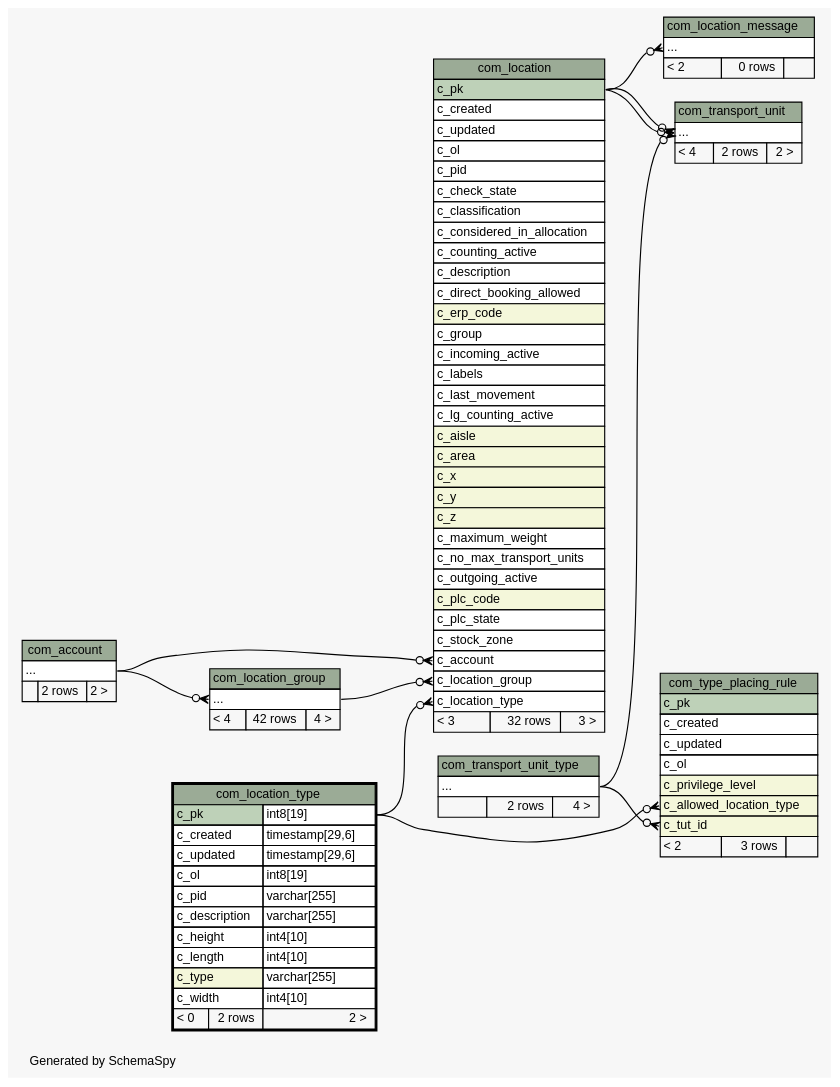
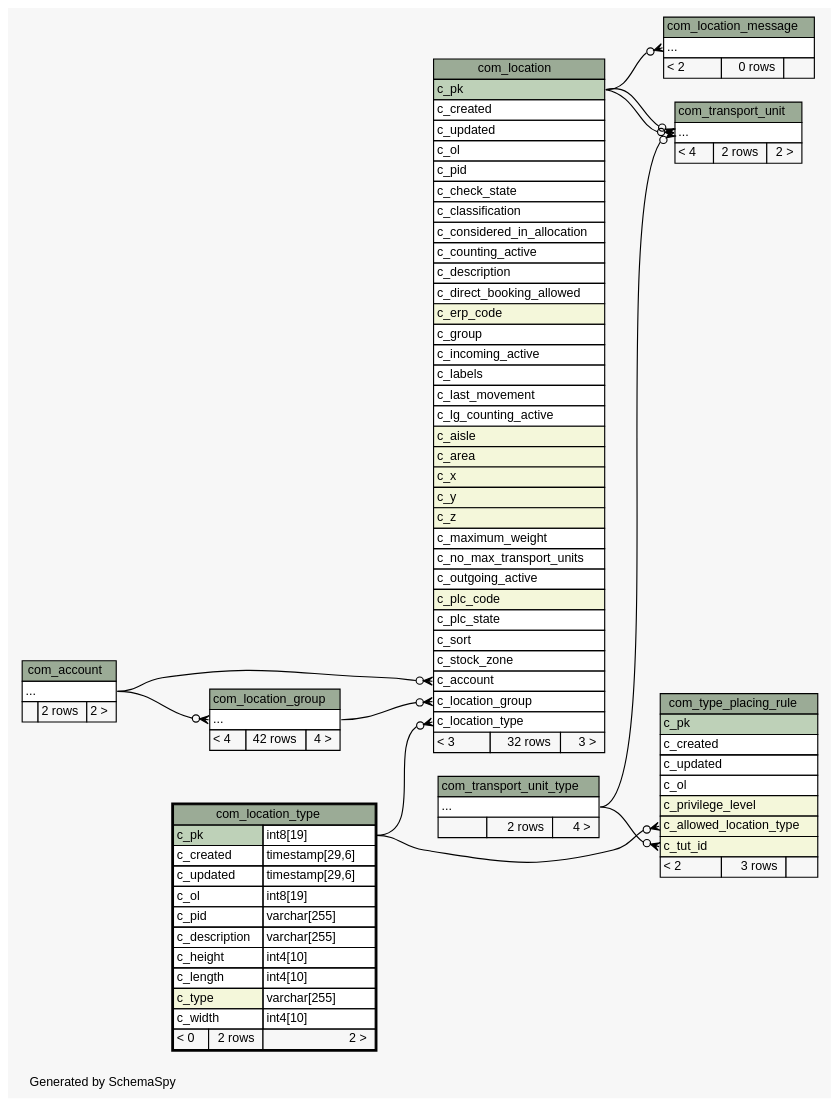
One commit to openwms/org.openwms.common.service.lib changed the diagram in 1.7.0-SNAPSHOT/schemaspy/diagrams/com_location_type.2degrees.dot. Above: the diagram before and after it, drawn with Graphviz. The commit also changed 467 other files, not shown here.

```diff
--- a/1.7.0-SNAPSHOT/schemaspy/diagrams/com_location_type.2degrees.dot
+++ b/1.7.0-SNAPSHOT/schemaspy/diagrams/com_location_type.2degrees.dot
@@ -1,157 +1,158 @@
-// dot 2.43.0 on Linux 5.11.0-1020-azure
+// dot 2.43.0 on Linux 5.11.0-1021-azure
 // SchemaSpy rev Unknown
 digraph "twoDegreesRelationshipsDiagram" {
   graph [
     rankdir="RL"
     bgcolor="#f7f7f7"
     label="\nGenerated by SchemaSpy"
     labeljust="l"
     nodesep="0.18"
     ranksep="0.46"
     fontname="Helvetica"
     fontsize="11"
   ];
   node [
     fontname="Helvetica"
     fontsize="11"
     shape="plaintext"
   ];
   edge [
     arrowsize="0.8"
   ];
   "com_location":"c_account":w -> "com_account":"elipses":e [arrowhead=none dir=back arrowtail=crowodot];
   "com_location":"c_location_group":w -> "com_location_group":"elipses":e [arrowhead=none dir=back arrowtail=crowodot];
   "com_location":"c_location_type":w -> "com_location_type":"c_pk.type":e [arrowhead=none dir=back arrowtail=crowodot];
   "com_location_group":"elipses":w -> "com_account":"elipses":e [arrowhead=none dir=back arrowtail=crowodot];
   "com_location_message":"elipses":w -> "com_location":"c_pk":e [arrowhead=none dir=back arrowtail=crowodot];
   "com_transport_unit":"elipses":w -> "com_location":"c_pk":e [arrowhead=none dir=back arrowtail=crowodot];
   "com_transport_unit":"elipses":w -> "com_location":"c_pk":e [arrowhead=none dir=back arrowtail=crowodot];
   "com_transport_unit":"elipses":w -> "com_transport_unit_type":"elipses":e [arrowhead=none dir=back arrowtail=crowodot];
   "com_type_placing_rule":"c_allowed_location_type":w -> "com_location_type":"c_pk.type":e [arrowhead=none dir=back arrowtail=crowodot];
   "com_type_placing_rule":"c_tut_id":w -> "com_transport_unit_type":"elipses":e [arrowhead=none dir=back arrowtail=crowodot];
   "com_account" [
     label=<
     <TABLE BORDER="0" CELLBORDER="1" CELLSPACING="0" BGCOLOR="#ffffff">
       <TR><TD COLSPAN="3" BGCOLOR="#9bab96" ALIGN="CENTER">com_account</TD></TR>
       <TR><TD PORT="elipses" COLSPAN="3" ALIGN="LEFT">...</TD></TR>
       <TR><TD ALIGN="LEFT" BGCOLOR="#f7f7f7">  </TD><TD ALIGN="RIGHT" BGCOLOR="#f7f7f7">2 rows</TD><TD ALIGN="RIGHT" BGCOLOR="#f7f7f7">2 &gt;</TD></TR>
     </TABLE>>
     URL="com_account.html"
     tooltip="com_account"
   ];
   "com_location" [
     label=<
     <TABLE BORDER="0" CELLBORDER="1" CELLSPACING="0" BGCOLOR="#ffffff">
       <TR><TD COLSPAN="3" BGCOLOR="#9bab96" ALIGN="CENTER">com_location</TD></TR>
       <TR><TD PORT="c_pk" COLSPAN="3" BGCOLOR="#bed1b8" ALIGN="LEFT">c_pk</TD></TR>
       <TR><TD PORT="c_created" COLSPAN="3" ALIGN="LEFT">c_created</TD></TR>
       <TR><TD PORT="c_updated" COLSPAN="3" ALIGN="LEFT">c_updated</TD></TR>
       <TR><TD PORT="c_ol" COLSPAN="3" ALIGN="LEFT">c_ol</TD></TR>
       <TR><TD PORT="c_pid" COLSPAN="3" ALIGN="LEFT">c_pid</TD></TR>
       <TR><TD PORT="c_check_state" COLSPAN="3" ALIGN="LEFT">c_check_state</TD></TR>
       <TR><TD PORT="c_classification" COLSPAN="3" ALIGN="LEFT">c_classification</TD></TR>
       <TR><TD PORT="c_considered_in_allocation" COLSPAN="3" ALIGN="LEFT">c_considered_in_allocation</TD></TR>
       <TR><TD PORT="c_counting_active" COLSPAN="3" ALIGN="LEFT">c_counting_active</TD></TR>
       <TR><TD PORT="c_description" COLSPAN="3" ALIGN="LEFT">c_description</TD></TR>
       <TR><TD PORT="c_direct_booking_allowed" COLSPAN="3" ALIGN="LEFT">c_direct_booking_allowed</TD></TR>
       <TR><TD PORT="c_erp_code" COLSPAN="3" BGCOLOR="#f4f7da" ALIGN="LEFT">c_erp_code</TD></TR>
       <TR><TD PORT="c_group" COLSPAN="3" ALIGN="LEFT">c_group</TD></TR>
       <TR><TD PORT="c_incoming_active" COLSPAN="3" ALIGN="LEFT">c_incoming_active</TD></TR>
       <TR><TD PORT="c_labels" COLSPAN="3" ALIGN="LEFT">c_labels</TD></TR>
       <TR><TD PORT="c_last_movement" COLSPAN="3" ALIGN="LEFT">c_last_movement</TD></TR>
       <TR><TD PORT="c_lg_counting_active" COLSPAN="3" ALIGN="LEFT">c_lg_counting_active</TD></TR>
       <TR><TD PORT="c_aisle" COLSPAN="3" BGCOLOR="#f4f7da" ALIGN="LEFT">c_aisle</TD></TR>
       <TR><TD PORT="c_area" COLSPAN="3" BGCOLOR="#f4f7da" ALIGN="LEFT">c_area</TD></TR>
       <TR><TD PORT="c_x" COLSPAN="3" BGCOLOR="#f4f7da" ALIGN="LEFT">c_x</TD></TR>
       <TR><TD PORT="c_y" COLSPAN="3" BGCOLOR="#f4f7da" ALIGN="LEFT">c_y</TD></TR>
       <TR><TD PORT="c_z" COLSPAN="3" BGCOLOR="#f4f7da" ALIGN="LEFT">c_z</TD></TR>
       <TR><TD PORT="c_maximum_weight" COLSPAN="3" ALIGN="LEFT">c_maximum_weight</TD></TR>
       <TR><TD PORT="c_no_max_transport_units" COLSPAN="3" ALIGN="LEFT">c_no_max_transport_units</TD></TR>
       <TR><TD PORT="c_outgoing_active" COLSPAN="3" ALIGN="LEFT">c_outgoing_active</TD></TR>
       <TR><TD PORT="c_plc_code" COLSPAN="3" BGCOLOR="#f4f7da" ALIGN="LEFT">c_plc_code</TD></TR>
       <TR><TD PORT="c_plc_state" COLSPAN="3" ALIGN="LEFT">c_plc_state</TD></TR>
+      <TR><TD PORT="c_sort" COLSPAN="3" ALIGN="LEFT">c_sort</TD></TR>
       <TR><TD PORT="c_stock_zone" COLSPAN="3" ALIGN="LEFT">c_stock_zone</TD></TR>
       <TR><TD PORT="c_account" COLSPAN="3" ALIGN="LEFT">c_account</TD></TR>
       <TR><TD PORT="c_location_group" COLSPAN="3" ALIGN="LEFT">c_location_group</TD></TR>
       <TR><TD PORT="c_location_type" COLSPAN="3" ALIGN="LEFT">c_location_type</TD></TR>
       <TR><TD ALIGN="LEFT" BGCOLOR="#f7f7f7">&lt; 3</TD><TD ALIGN="RIGHT" BGCOLOR="#f7f7f7">32 rows</TD><TD ALIGN="RIGHT" BGCOLOR="#f7f7f7">3 &gt;</TD></TR>
     </TABLE>>
     URL="com_location.html"
     tooltip="com_location"
   ];
   "com_location_group" [
     label=<
     <TABLE BORDER="0" CELLBORDER="1" CELLSPACING="0" BGCOLOR="#ffffff">
       <TR><TD COLSPAN="3" BGCOLOR="#9bab96" ALIGN="CENTER">com_location_group</TD></TR>
       <TR><TD PORT="elipses" COLSPAN="3" ALIGN="LEFT">...</TD></TR>
       <TR><TD ALIGN="LEFT" BGCOLOR="#f7f7f7">&lt; 4</TD><TD ALIGN="RIGHT" BGCOLOR="#f7f7f7">42 rows</TD><TD ALIGN="RIGHT" BGCOLOR="#f7f7f7">4 &gt;</TD></TR>
     </TABLE>>
     URL="com_location_group.html"
     tooltip="com_location_group"
   ];
   "com_location_message" [
     label=<
     <TABLE BORDER="0" CELLBORDER="1" CELLSPACING="0" BGCOLOR="#ffffff">
       <TR><TD COLSPAN="3" BGCOLOR="#9bab96" ALIGN="CENTER">com_location_message</TD></TR>
       <TR><TD PORT="elipses" COLSPAN="3" ALIGN="LEFT">...</TD></TR>
       <TR><TD ALIGN="LEFT" BGCOLOR="#f7f7f7">&lt; 2</TD><TD ALIGN="RIGHT" BGCOLOR="#f7f7f7">0 rows</TD><TD ALIGN="RIGHT" BGCOLOR="#f7f7f7">  </TD></TR>
     </TABLE>>
     URL="com_location_message.html"
     tooltip="com_location_message"
   ];
   "com_location_type" [
     label=<
     <TABLE BORDER="2" CELLBORDER="1" CELLSPACING="0" BGCOLOR="#ffffff">
       <TR><TD COLSPAN="3" BGCOLOR="#9bab96" ALIGN="CENTER">com_location_type</TD></TR>
       <TR><TD PORT="c_pk" COLSPAN="2" BGCOLOR="#bed1b8" ALIGN="LEFT">c_pk</TD><TD PORT="c_pk.type" ALIGN="LEFT">int8[19]</TD></TR>
       <TR><TD PORT="c_created" COLSPAN="2" ALIGN="LEFT">c_created</TD><TD PORT="c_created.type" ALIGN="LEFT">timestamp[29,6]</TD></TR>
       <TR><TD PORT="c_updated" COLSPAN="2" ALIGN="LEFT">c_updated</TD><TD PORT="c_updated.type" ALIGN="LEFT">timestamp[29,6]</TD></TR>
       <TR><TD PORT="c_ol" COLSPAN="2" ALIGN="LEFT">c_ol</TD><TD PORT="c_ol.type" ALIGN="LEFT">int8[19]</TD></TR>
       <TR><TD PORT="c_pid" COLSPAN="2" ALIGN="LEFT">c_pid</TD><TD PORT="c_pid.type" ALIGN="LEFT">varchar[255]</TD></TR>
       <TR><TD PORT="c_description" COLSPAN="2" ALIGN="LEFT">c_description</TD><TD PORT="c_description.type" ALIGN="LEFT">varchar[255]</TD></TR>
       <TR><TD PORT="c_height" COLSPAN="2" ALIGN="LEFT">c_height</TD><TD PORT="c_height.type" ALIGN="LEFT">int4[10]</TD></TR>
       <TR><TD PORT="c_length" COLSPAN="2" ALIGN="LEFT">c_length</TD><TD PORT="c_length.type" ALIGN="LEFT">int4[10]</TD></TR>
       <TR><TD PORT="c_type" COLSPAN="2" BGCOLOR="#f4f7da" ALIGN="LEFT">c_type</TD><TD PORT="c_type.type" ALIGN="LEFT">varchar[255]</TD></TR>
       <TR><TD PORT="c_width" COLSPAN="2" ALIGN="LEFT">c_width</TD><TD PORT="c_width.type" ALIGN="LEFT">int4[10]</TD></TR>
       <TR><TD ALIGN="LEFT" BGCOLOR="#f7f7f7">&lt; 0</TD><TD ALIGN="RIGHT" BGCOLOR="#f7f7f7">2 rows</TD><TD ALIGN="RIGHT" BGCOLOR="#f7f7f7">2 &gt;</TD></TR>
     </TABLE>>
     URL="com_location_type.html"
     tooltip="com_location_type"
   ];
   "com_transport_unit" [
     label=<
     <TABLE BORDER="0" CELLBORDER="1" CELLSPACING="0" BGCOLOR="#ffffff">
       <TR><TD COLSPAN="3" BGCOLOR="#9bab96" ALIGN="CENTER">com_transport_unit</TD></TR>
       <TR><TD PORT="elipses" COLSPAN="3" ALIGN="LEFT">...</TD></TR>
       <TR><TD ALIGN="LEFT" BGCOLOR="#f7f7f7">&lt; 4</TD><TD ALIGN="RIGHT" BGCOLOR="#f7f7f7">2 rows</TD><TD ALIGN="RIGHT" BGCOLOR="#f7f7f7">2 &gt;</TD></TR>
     </TABLE>>
     URL="com_transport_unit.html"
     tooltip="com_transport_unit"
   ];
   "com_transport_unit_type" [
     label=<
     <TABLE BORDER="0" CELLBORDER="1" CELLSPACING="0" BGCOLOR="#ffffff">
       <TR><TD COLSPAN="3" BGCOLOR="#9bab96" ALIGN="CENTER">com_transport_unit_type</TD></TR>
       <TR><TD PORT="elipses" COLSPAN="3" ALIGN="LEFT">...</TD></TR>
       <TR><TD ALIGN="LEFT" BGCOLOR="#f7f7f7">  </TD><TD ALIGN="RIGHT" BGCOLOR="#f7f7f7">2 rows</TD><TD ALIGN="RIGHT" BGCOLOR="#f7f7f7">4 &gt;</TD></TR>
     </TABLE>>
     URL="com_transport_unit_type.html"
     tooltip="com_transport_unit_type"
   ];
   "com_type_placing_rule" [
     label=<
     <TABLE BORDER="0" CELLBORDER="1" CELLSPACING="0" BGCOLOR="#ffffff">
       <TR><TD COLSPAN="3" BGCOLOR="#9bab96" ALIGN="CENTER">com_type_placing_rule</TD></TR>
       <TR><TD PORT="c_pk" COLSPAN="3" BGCOLOR="#bed1b8" ALIGN="LEFT">c_pk</TD></TR>
       <TR><TD PORT="c_created" COLSPAN="3" ALIGN="LEFT">c_created</TD></TR>
       <TR><TD PORT="c_updated" COLSPAN="3" ALIGN="LEFT">c_updated</TD></TR>
       <TR><TD PORT="c_ol" COLSPAN="3" ALIGN="LEFT">c_ol</TD></TR>
       <TR><TD PORT="c_privilege_level" COLSPAN="3" BGCOLOR="#f4f7da" ALIGN="LEFT">c_privilege_level</TD></TR>
       <TR><TD PORT="c_allowed_location_type" COLSPAN="3" BGCOLOR="#f4f7da" ALIGN="LEFT">c_allowed_location_type</TD></TR>
       <TR><TD PORT="c_tut_id" COLSPAN="3" BGCOLOR="#f4f7da" ALIGN="LEFT">c_tut_id</TD></TR>
       <TR><TD ALIGN="LEFT" BGCOLOR="#f7f7f7">&lt; 2</TD><TD ALIGN="RIGHT" BGCOLOR="#f7f7f7">3 rows</TD><TD ALIGN="RIGHT" BGCOLOR="#f7f7f7">  </TD></TR>
     </TABLE>>
     URL="com_type_placing_rule.html"
     tooltip="com_type_placing_rule"
   ];
 }
```
